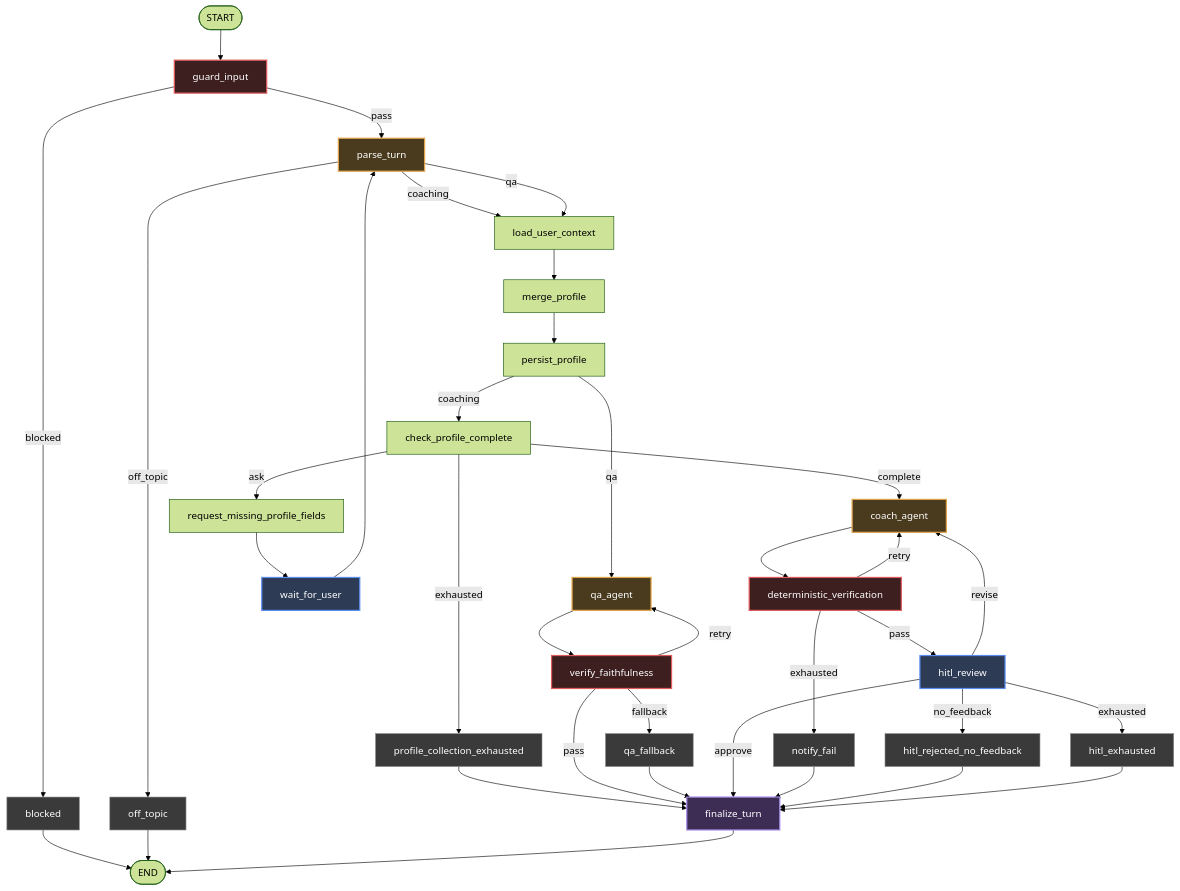
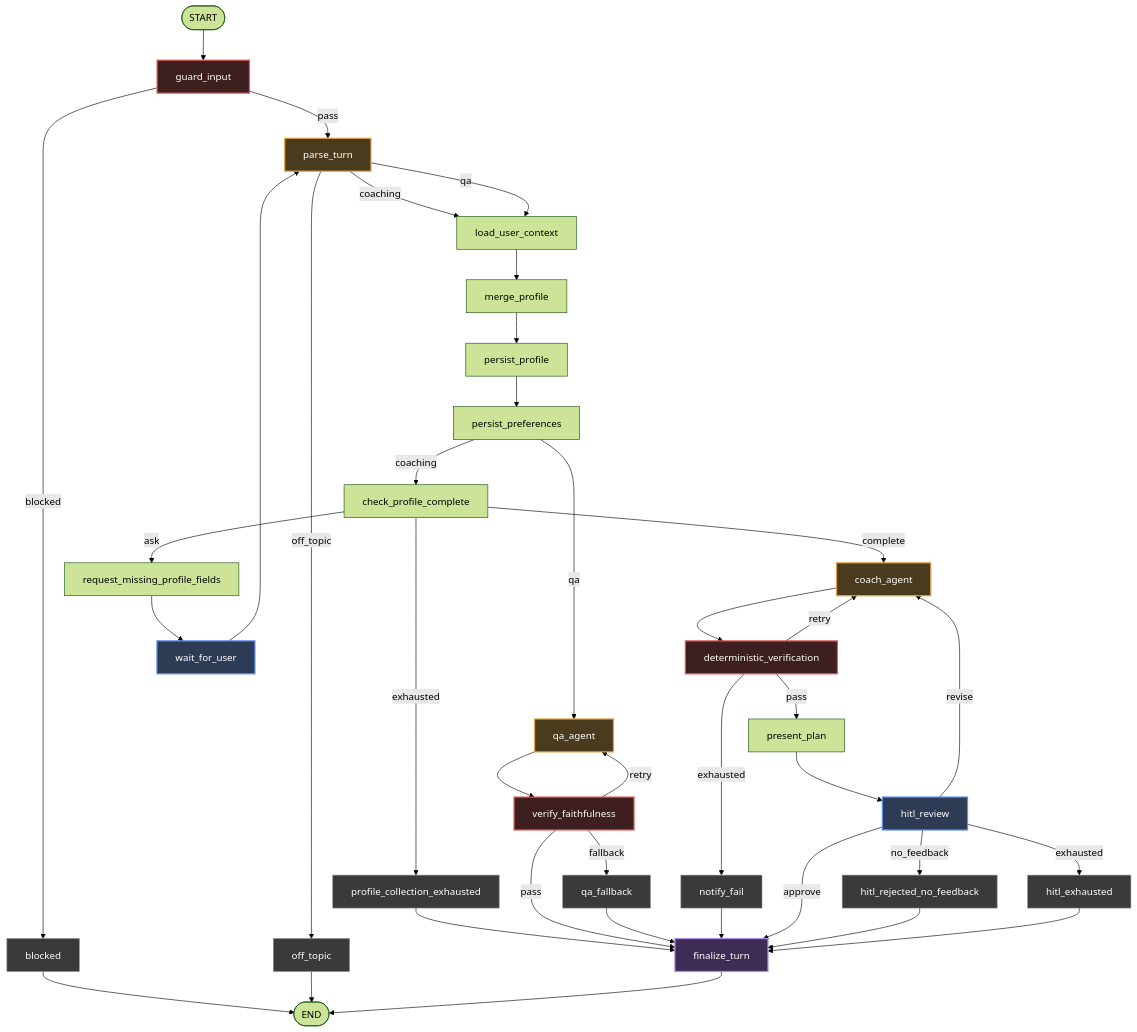
The diagram in custom-graph-architecture/docs/diagrams/workflow.mmd (hoanhoang-agilityio/Assistant-Learning), drawn with Mermaid (forest theme) before and after one commit. The commit also changed 35 other files, not shown here.

```diff
--- a/custom-graph-architecture/docs/diagrams/workflow.mmd
+++ b/custom-graph-architecture/docs/diagrams/workflow.mmd
@@ -1,49 +1,51 @@
 %% workflow — generated by scripts/export_graph_diagrams.py, do not edit by hand
 flowchart TD
     start([START])
     finish([END])
     start --> guard_input
     guard_input -->|blocked| blocked
     guard_input -->|pass| parse_turn
     blocked --> finish
     parse_turn -->|coaching| load_user_context
     parse_turn -->|qa| load_user_context
     parse_turn -->|off_topic| off_topic
     load_user_context --> merge_profile
     off_topic --> finish
     merge_profile --> persist_profile
-    persist_profile -->|coaching| check_profile_complete
-    persist_profile -->|qa| qa_agent
+    persist_profile --> persist_preferences
+    persist_preferences -->|coaching| check_profile_complete
+    persist_preferences -->|qa| qa_agent
     check_profile_complete -->|complete| coach_agent
     check_profile_complete -->|ask| request_missing_profile_fields
     check_profile_complete -->|exhausted| profile_collection_exhausted
     qa_agent --> verify_faithfulness
     coach_agent --> deterministic_verification
     request_missing_profile_fields --> wait_for_user
     profile_collection_exhausted --> finalize_turn
     verify_faithfulness -->|pass| finalize_turn
     verify_faithfulness -->|retry| qa_agent
     verify_faithfulness -->|fallback| qa_fallback
-    deterministic_verification -->|pass| hitl_review
+    deterministic_verification -->|pass| present_plan
     deterministic_verification -->|retry| coach_agent
     deterministic_verification -->|exhausted| notify_fail
     wait_for_user --> parse_turn
     finalize_turn --> finish
     qa_fallback --> finalize_turn
+    present_plan --> hitl_review
+    notify_fail --> finalize_turn
     hitl_review -->|approve| finalize_turn
     hitl_review -->|revise| coach_agent
     hitl_review -->|no_feedback| hitl_rejected_no_feedback
     hitl_review -->|exhausted| hitl_exhausted
-    notify_fail --> finalize_turn
     hitl_rejected_no_feedback --> finalize_turn
     hitl_exhausted --> finalize_turn
     classDef llm fill:#4a3b1f,stroke:#e0a44a,stroke-width:2px,color:#fff
     classDef gate fill:#3d1f1f,stroke:#e05b5b,stroke-width:2px,color:#fff
     classDef pause fill:#2d3b55,stroke:#5b8def,stroke-width:2px,color:#fff
     classDef stop fill:#3a3a3a,stroke:#8a8a8a,stroke-width:1px,color:#fff
     classDef finalize fill:#3d2d55,stroke:#a98fe8,stroke-width:2px,color:#fff
     class coach_agent,parse_turn,qa_agent llm
     class deterministic_verification,guard_input,verify_faithfulness gate
     class hitl_review,wait_for_user pause
     class blocked,hitl_exhausted,hitl_rejected_no_feedback,notify_fail,off_topic,profile_collection_exhausted,qa_fallback stop
     class finalize_turn finalize
```
